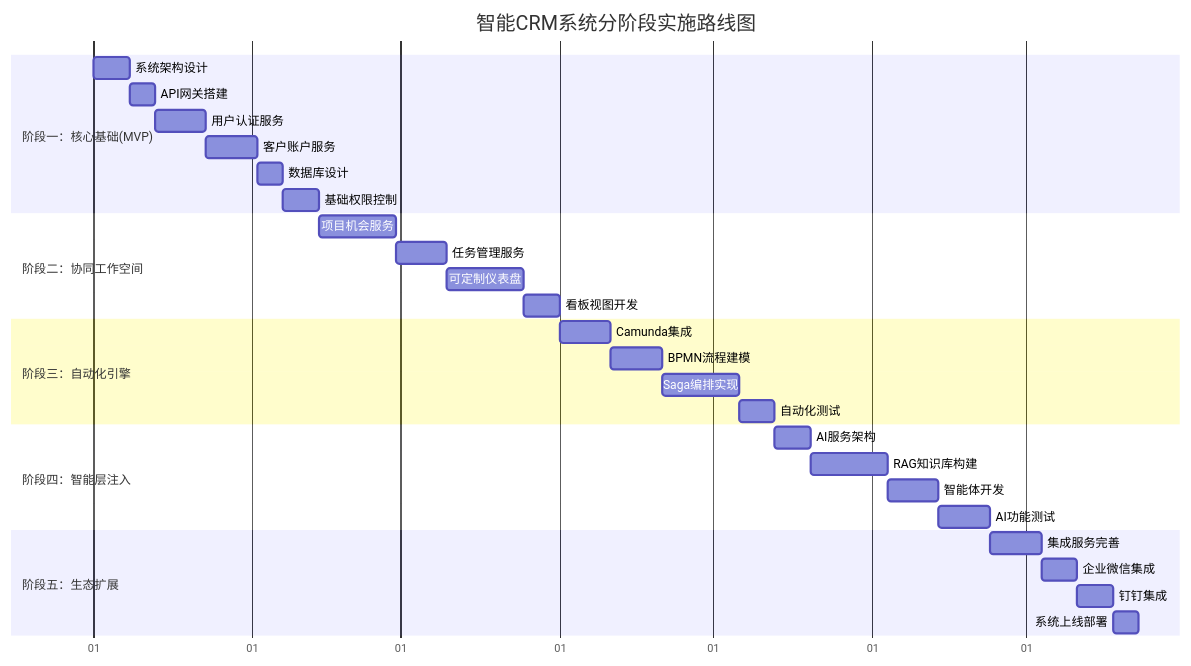
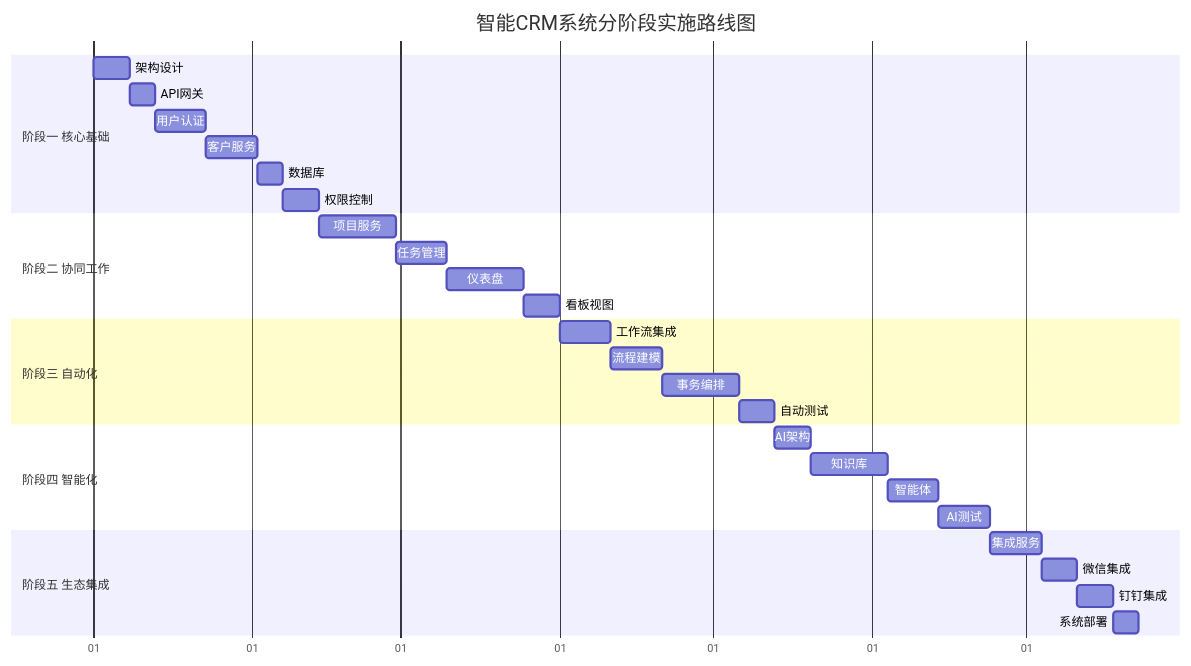
Before and after one commit to zavierd/ZHCRM: the sixth of 8 diagrams in master-simplified.md, drawn with Mermaid. The commit also changed 1 other file, not shown here.

Commit message:
fix: 优化Gantt图文字显示问题
- 简化任务名称，避免文字显示在条形图内外不一致
- 缩短阶段标题，移除冗余的标点符号和括号
- 使用更简洁的中文术语，提升可读性
- 确保所有文字都能正确显示在条形图上
- 保持语义准确性的同时优化视觉效果

````diff
--- a/master-simplified.md
+++ b/master-simplified.md
@@ -601,38 +601,38 @@
 ```mermaid
 gantt
     title 智能CRM系统分阶段实施路线图
     dateFormat YYYY-MM-DD
     axisFormat %d
 
-    section 阶段一：核心基础(MVP)
-    系统架构设计    :arch, 2024-01-01, 7d
-    API网关搭建    :gateway, after arch, 5d
-    用户认证服务    :auth, after gateway, 10d
-    客户账户服务    :customer, after auth, 10d
-    数据库设计     :db, after customer, 5d
-    基础权限控制    :rbac, after db, 7d
+    section 阶段一 核心基础
+    架构设计    :arch, 2024-01-01, 7d
+    API网关     :gateway, after arch, 5d
+    用户认证    :auth, after gateway, 10d
+    客户服务    :customer, after auth, 10d
+    数据库      :db, after customer, 5d
+    权限控制    :rbac, after db, 7d
 
-    section 阶段二：协同工作空间
-    项目机会服务    :project, after rbac, 15d
-    任务管理服务    :task, after project, 10d
-    可定制仪表盘    :dashboard, after task, 15d
-    看板视图开发    :kanban, after dashboard, 7d
+    section 阶段二 协同工作
+    项目服务    :project, after rbac, 15d
+    任务管理    :task, after project, 10d
+    仪表盘      :dashboard, after task, 15d
+    看板视图    :kanban, after dashboard, 7d
 
-    section 阶段三：自动化引擎
-    Camunda集成   :workflow, after kanban, 10d
-    BPMN流程建模  :bpmn, after workflow, 10d
-    Saga编排实现  :saga, after bpmn, 15d
-    自动化测试    :auto_test, after saga, 7d
+    section 阶段三 自动化
+    工作流集成   :workflow, after kanban, 10d
+    流程建模    :bpmn, after workflow, 10d
+    事务编排    :saga, after bpmn, 15d
+    自动测试    :auto_test, after saga, 7d
 
-    section 阶段四：智能层注入
-    AI服务架构    :ai_arch, after auto_test, 7d
-    RAG知识库构建 :rag, after ai_arch, 15d
-    智能体开发    :agents, after rag, 10d
-    AI功能测试    :ai_test, after agents, 10d
+    section 阶段四 智能化
+    AI架构      :ai_arch, after auto_test, 7d
+    知识库      :rag, after ai_arch, 15d
+    智能体      :agents, after rag, 10d
+    AI测试      :ai_test, after agents, 10d
 
-    section 阶段五：生态扩展
-    集成服务完善    :integration, after ai_test, 10d
-    企业微信集成    :wechat, after integration, 7d
-    钉钉集成       :dingtalk, after wechat, 7d
-    系统上线部署    :deploy, after dingtalk, 5d
+    section 阶段五 生态集成
+    集成服务    :integration, after ai_test, 10d
+    微信集成    :wechat, after integration, 7d
+    钉钉集成    :dingtalk, after wechat, 7d
+    系统部署    :deploy, after dingtalk, 5d
 ```
````
